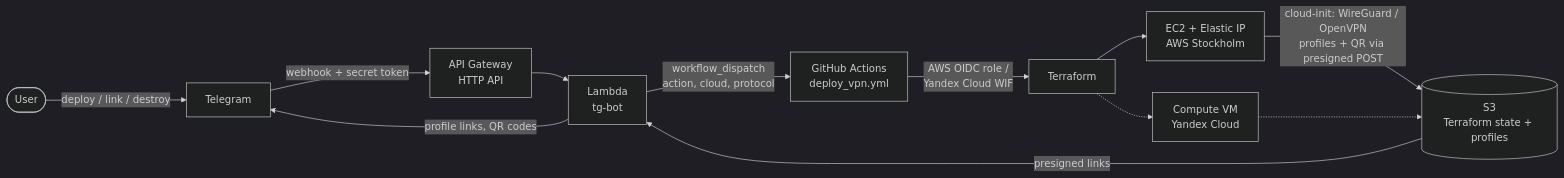
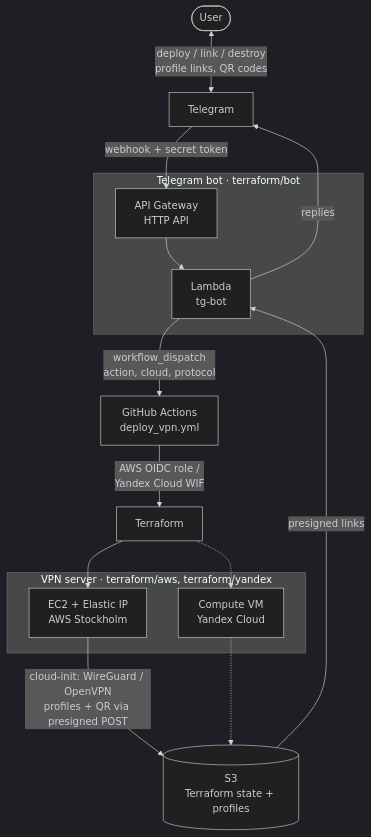
One commit to eosklv/Telegram-VPN changed the diagram in README.md. Above: the diagram before and after it, drawn with Mermaid (dark theme).

Commit message:
Lay out the architecture diagram top-down

````diff
--- a/README.md
+++ b/README.md
@@ -43,14 +43,24 @@
 ```mermaid
-flowchart LR
-    user(["User"]) -->|"deploy / link / destroy"| tg["Telegram"]
-    tg -->|"webhook + secret token"| api["API Gateway<br/>HTTP API"]
-    api --> bot["Lambda<br/>tg-bot"]
+flowchart TD
+    user(["User"]) <-->|"deploy / link / destroy<br/>profile links, QR codes"| tg["Telegram"]
+    tg -->|"webhook + secret token"| api
+
+    subgraph bot_stack["Telegram bot · terraform/bot"]
+        api["API Gateway<br/>HTTP API"] --> bot["Lambda<br/>tg-bot"]
+    end
+
     bot -->|"workflow_dispatch<br/>action, cloud, protocol"| gha["GitHub Actions<br/>deploy_vpn.yml"]
     gha -->|"AWS OIDC role /<br/>Yandex Cloud WIF"| tf["Terraform"]
-    tf --> ec2["EC2 + Elastic IP<br/>AWS Stockholm"]
-    tf -.-> ycvm["Compute VM<br/>Yandex Cloud"]
+
+    subgraph servers["VPN server · terraform/aws, terraform/yandex"]
+        ec2["EC2 + Elastic IP<br/>AWS Stockholm"]
+        ycvm["Compute VM<br/>Yandex Cloud"]
+    end
+
+    tf --> ec2
+    tf -.-> ycvm
     ec2 -->|"cloud-init: WireGuard / OpenVPN<br/>profiles + QR via presigned POST"| s3[("S3<br/>Terraform state + profiles")]
     ycvm -.-> s3
     s3 -->|"presigned links"| bot
-    bot -->|"profile links, QR codes"| tg
+    bot -->|"replies"| tg
 ```
````
